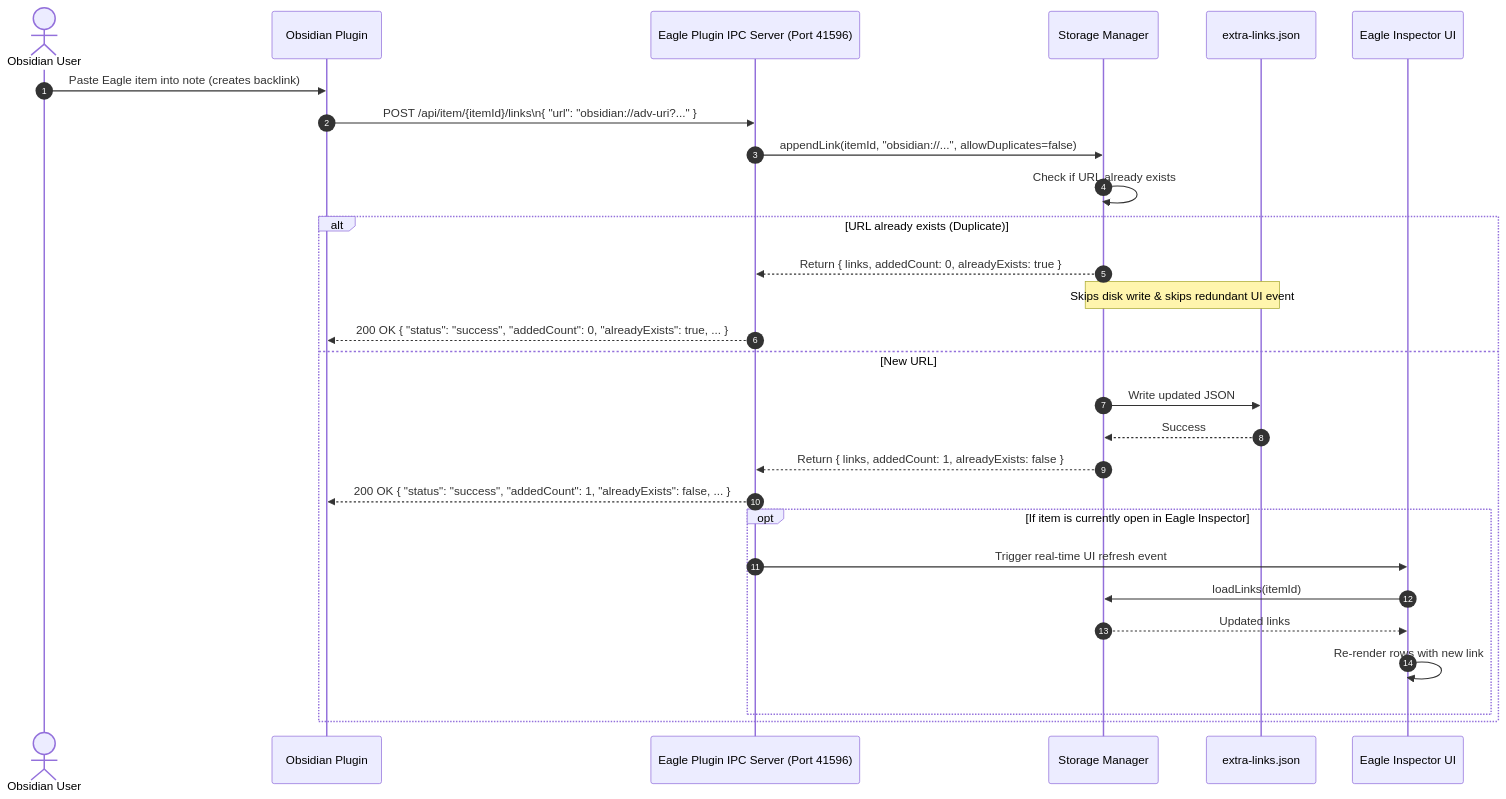
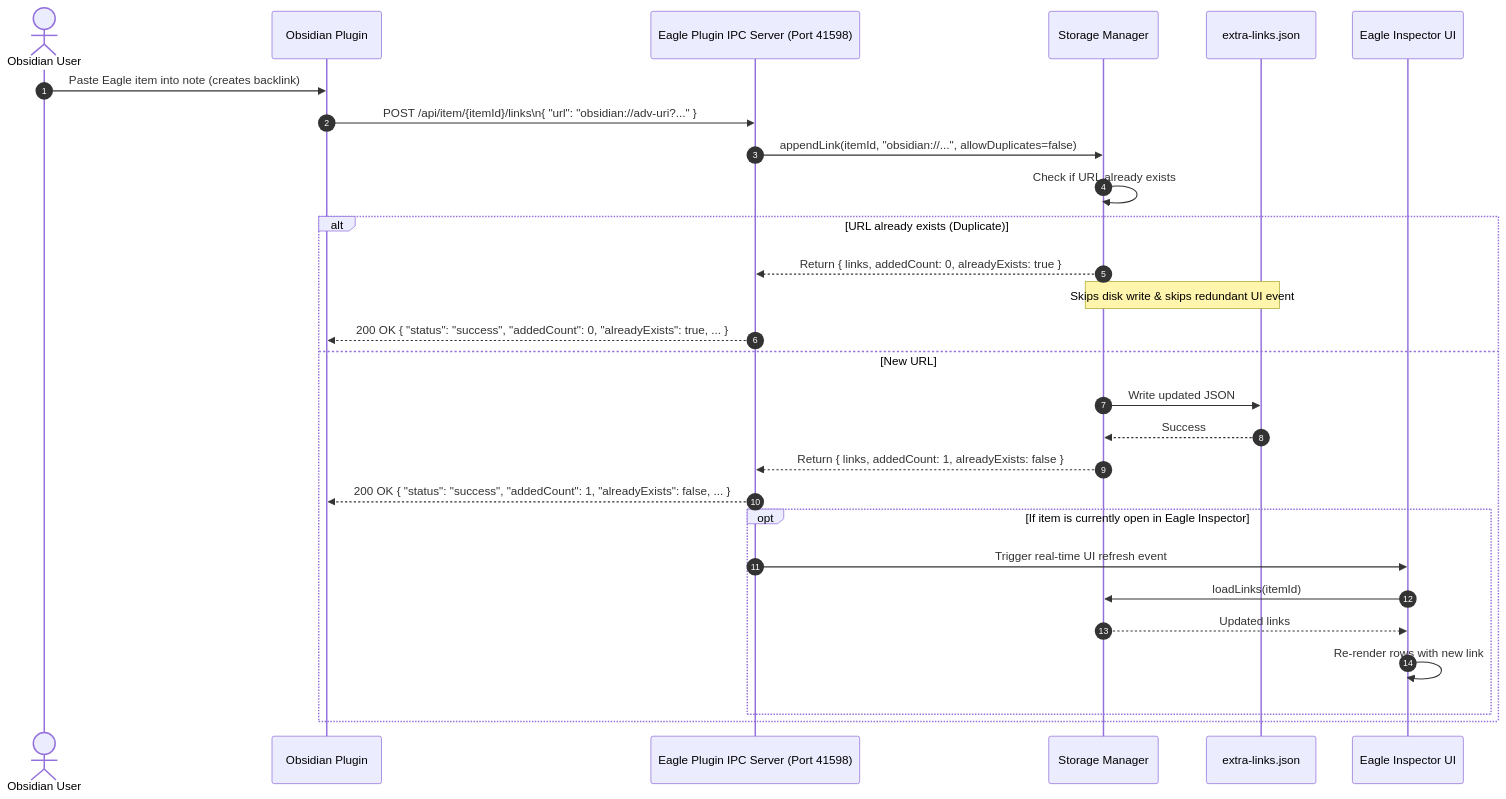
Before and after one commit to coreyx/eagle-extra-links: the fourth of 4 diagrams in spec/eagle-extra-links/design.md, drawn with Mermaid. The commit also changed other lines of this file and 19 other files, not shown here.

Commit message:
fix: migrate default IPC port from 41596 to 41598 to avoid Eagle MCP server collision

````diff
--- a/spec/eagle-extra-links/design.md
+++ b/spec/eagle-extra-links/design.md
@@ -414,31 +414,31 @@
 ```mermaid
 sequenceDiagram
     autonumber
     actor ObsidianUser as Obsidian User
     participant Obsidian as Obsidian Plugin
-    participant IPC as Eagle Plugin IPC Server (Port 41596)
+    participant IPC as Eagle Plugin IPC Server (Port 41598)
     participant Storage as Storage Manager
     participant FS as extra-links.json
     participant Inspector as Eagle Inspector UI
 
     ObsidianUser->>Obsidian: Paste Eagle item into note (creates backlink)
     Obsidian->>IPC: POST /api/item/{itemId}/links\n{ "url": "obsidian://adv-uri?..." }
     IPC->>Storage: appendLink(itemId, "obsidian://...", allowDuplicates=false)
     Storage->>Storage: Check if URL already exists
     alt URL already exists (Duplicate)
         Storage-->>IPC: Return { links, addedCount: 0, alreadyExists: true }
         Note over Storage,FS: Skips disk write & skips redundant UI event
         IPC-->>Obsidian: 200 OK { "status": "success", "addedCount": 0, "alreadyExists": true, ... }
     else New URL
         Storage->>FS: Write updated JSON
         FS-->>Storage: Success
         Storage-->>IPC: Return { links, addedCount: 1, alreadyExists: false }
         IPC-->>Obsidian: 200 OK { "status": "success", "addedCount": 1, "alreadyExists": false, ... }
         opt If item is currently open in Eagle Inspector
             IPC->>Inspector: Trigger real-time UI refresh event
             Inspector->>Storage: loadLinks(itemId)
             Storage-->>Inspector: Updated links
             Inspector->>Inspector: Re-render rows with new link
         end
     end
 ```
````
